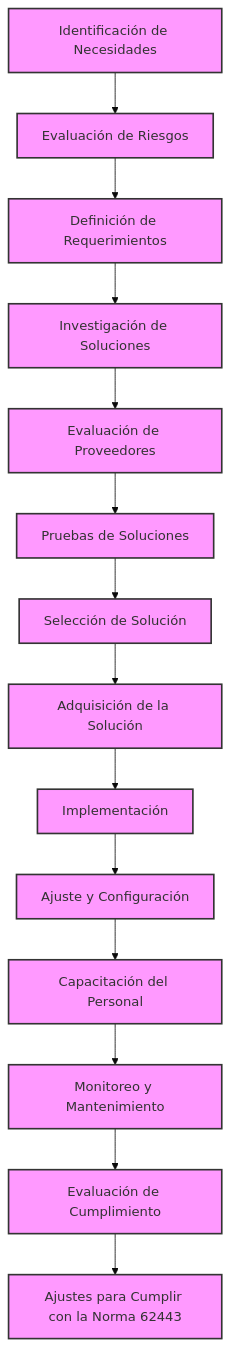
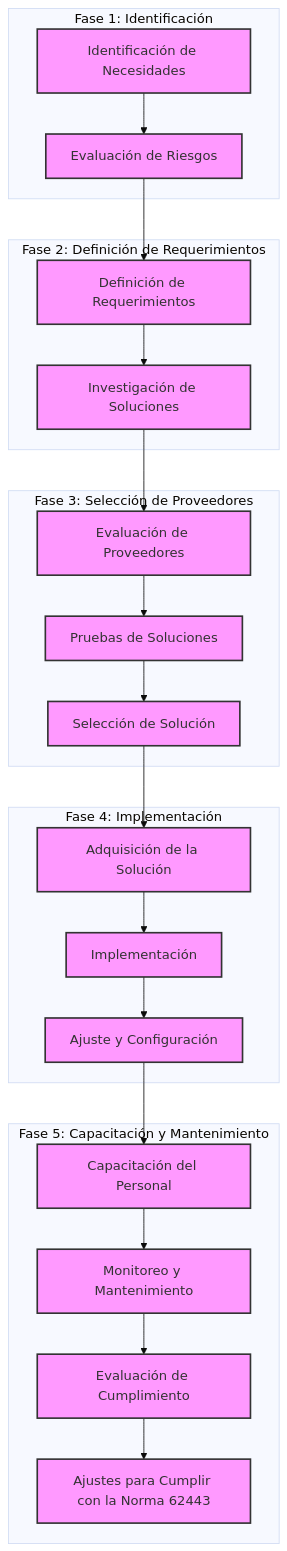
One commit to secureot/secureot.github.io changed the diagram in content/_index.md. Above: the diagram before and after it, drawn with Mermaid (base theme). The commit also changed other lines of this file, not shown here.

```diff
--- a/content/_index.md
+++ b/content/_index.md
@@ -73,19 +84,48 @@
 {{< mermaid >}}
 graph TD;
-    A[Identificación de Necesidades] --> B[Evaluación de Riesgos]
-    B --> C[Definición de Requerimientos]
-    C --> D[Investigación de Soluciones]
-    D --> E[Evaluación de Proveedores]
-    E --> F[Pruebas de Soluciones]
-    F --> G[Selección de Solución]
-    G --> H[Adquisición de la Solución]
-    H --> I[Implementación]
-    I --> J[Ajuste y Configuración]
-    J --> K[Capacitación del Personal]
-    K --> L[Monitoreo y Mantenimiento]
-    L --> M[Evaluación de Cumplimiento]
-    M --> N[Ajustes para Cumplir con la Norma 62443]
+    subgraph Fase 1: Identificación
+        A[Identificación de Necesidades]
+        B[Evaluación de Riesgos]
+    end
 
-    classDef proceso fill:#f9f,stroke:#333,stroke-width:2px;
-    class A,B,C,D,E,F,G,H,I,J,K,L,M,N proceso;
+    subgraph Fase 2: Definición de Requerimientos
+        C[Definición de Requerimientos]
+        D[Investigación de Soluciones]
+    end
+
+    subgraph Fase 3: Selección de Proveedores
+        E[Evaluación de Proveedores]
+        F[Pruebas de Soluciones]
+        G[Selección de Solución]
+    end
+
+    subgraph Fase 4: Implementación
+        H[Adquisición de la Solución]
+        I[Implementación]
+        J[Ajuste y Configuración]
+    end
+
+    subgraph Fase 5: Capacitación y Mantenimiento
+        K[Capacitación del Personal]
+        L[Monitoreo y Mantenimiento]
+        M[Evaluación de Cumplimiento]
+        N[Ajustes para Cumplir con la Norma 62443]
+    end
+
+    A --> B
+    B --> C
+    C --> D
+    D --> E
+    E --> F
+    F --> G
+    G --> H
+    H --> I
+    I --> J
+    J --> K
+    K --> L
+    L --> M
+    M --> N
+
+    classDef fase fill:#f9f,stroke:#333,stroke-width:2px;
+    class A,B,C,D,E,F,G,H,I,J,K,L,M,N fase;
 {{< /mermaid >}}
```
